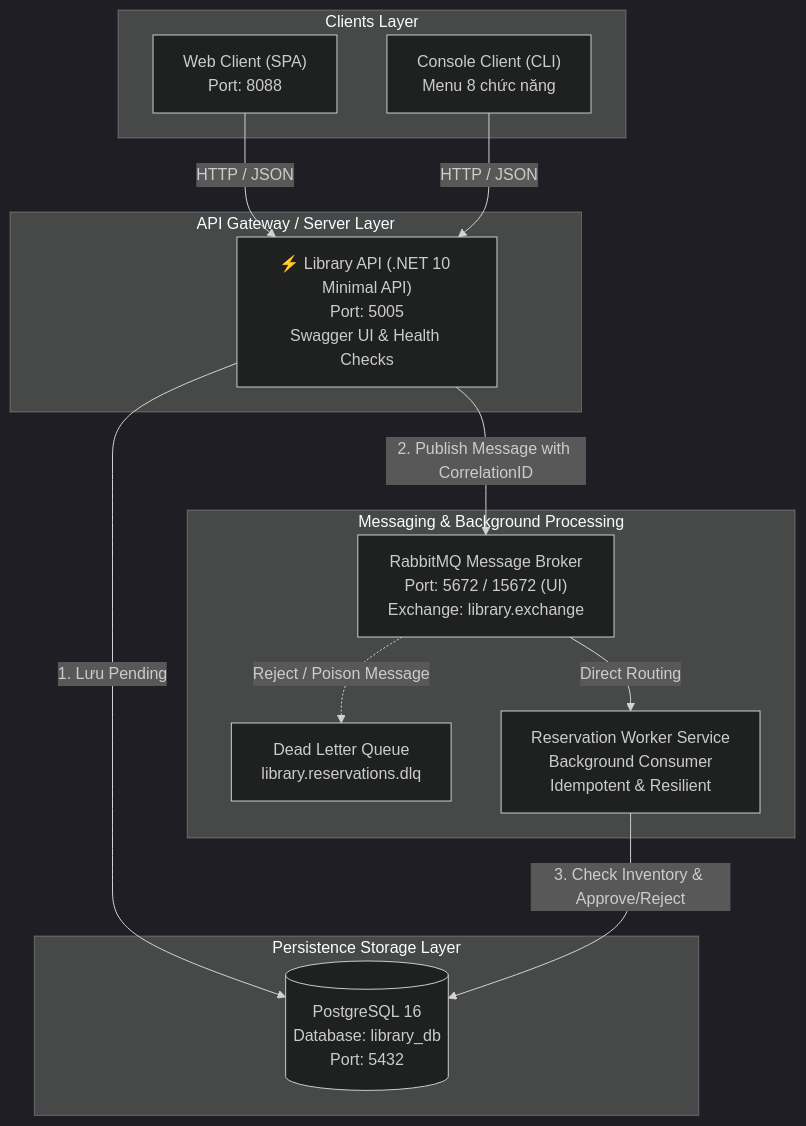
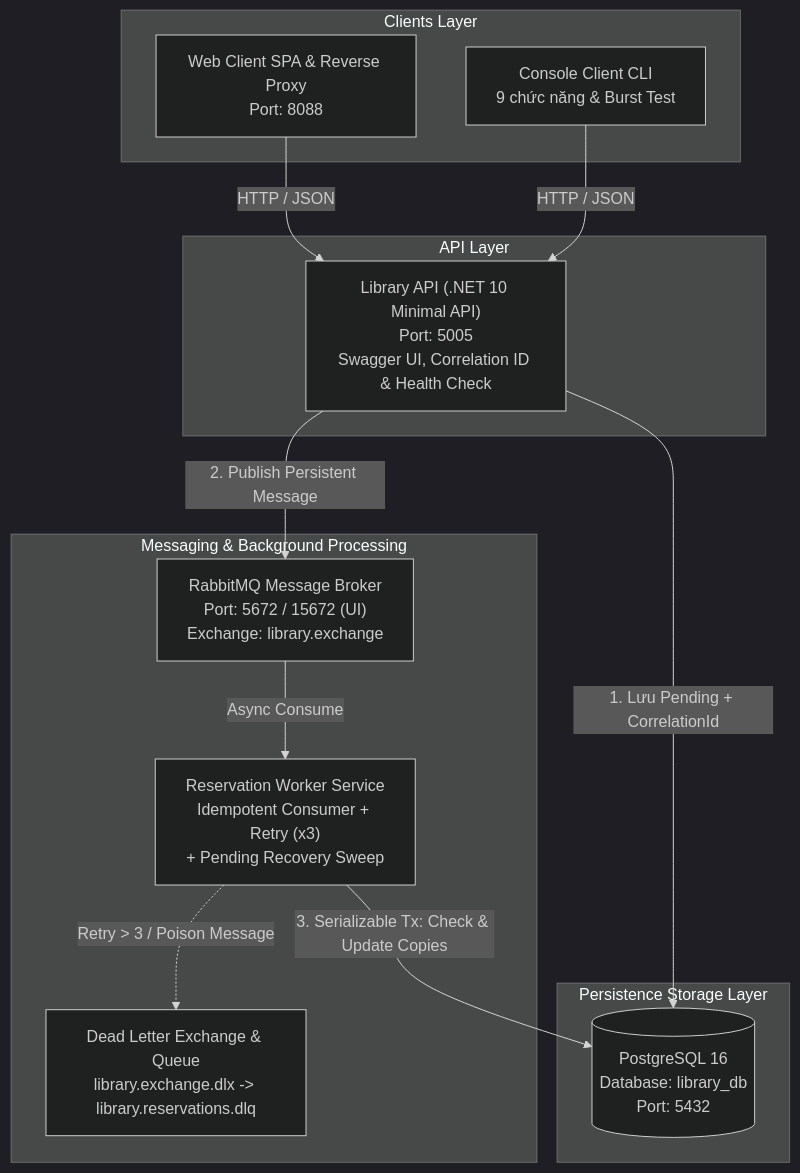
The first of 2 diagrams in README.md (azmedia2006/distributed-library-reservation-v2), drawn with Mermaid (dark theme) before and after one commit. The commit also changed other lines of this file and 3 other files, not shown here.

Commit message:
test,docs: add 8 ReservationService unit tests and update report & README for complete v2.1 release

````diff
--- a/README.md
+++ b/README.md
@@ -50,29 +53,29 @@
 ```mermaid
 graph TD
     subgraph "Clients Layer"
-        WebClient["Web Client (SPA)<br/>Port: 8088"]
-        ConsoleClient["Console Client (CLI)<br/>Menu 8 chức năng"]
+        WebClient["Web Client SPA & Reverse Proxy<br/>Port: 8088"]
+        ConsoleClient["Console Client CLI<br/>9 chức năng & Burst Test"]
     end
 
-    subgraph "API Gateway / Server Layer"
-        API["⚡ Library API (.NET 10 Minimal API)<br/>Port: 5005<br/>Swagger UI & Health Checks"]
+    subgraph "API Layer"
+        API["Library API (.NET 10 Minimal API)<br/>Port: 5005<br/>Swagger UI, Correlation ID & Health Check"]
     end
 
     subgraph "Messaging & Background Processing"
         RabbitMQ["RabbitMQ Message Broker<br/>Port: 5672 / 15672 (UI)<br/>Exchange: library.exchange"]
-        DLQ["Dead Letter Queue<br/>library.reservations.dlq"]
-        Worker["Reservation Worker Service<br/>Background Consumer<br/>Idempotent & Resilient"]
+        DLQ["Dead Letter Exchange & Queue<br/>library.exchange.dlx -> library.reservations.dlq"]
+        Worker["Reservation Worker Service<br/>Idempotent Consumer + Retry (x3)<br/>+ Pending Recovery Sweep"]
     end
 
     subgraph "Persistence Storage Layer"
         Postgres[("PostgreSQL 16<br/>Database: library_db<br/>Port: 5432")]
     end
 
     WebClient -->|HTTP / JSON| API
     ConsoleClient -->|HTTP / JSON| API
-    API -->|1. Lưu Pending| Postgres
-    API -->|2. Publish Message with CorrelationID| RabbitMQ
-    RabbitMQ -->|Direct Routing| Worker
-    RabbitMQ -.->|Reject / Poison Message| DLQ
-    Worker -->|3. Check Inventory & Approve/Reject| Postgres
+    API -->|1. Lưu Pending + CorrelationId| Postgres
+    API -->|2. Publish Persistent Message| RabbitMQ
+    RabbitMQ -->|Async Consume| Worker
+    Worker -.->|Retry > 3 / Poison Message| DLQ
+    Worker -->|3. Serializable Tx: Check & Update Copies| Postgres
 ```
````
